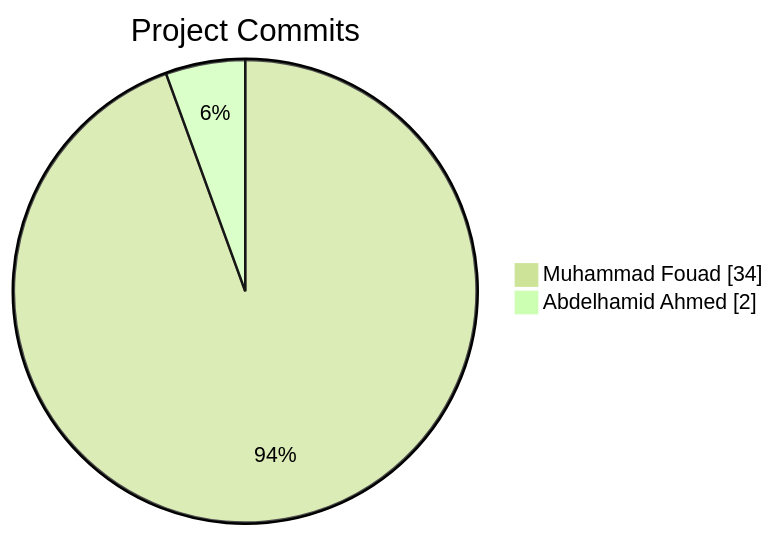
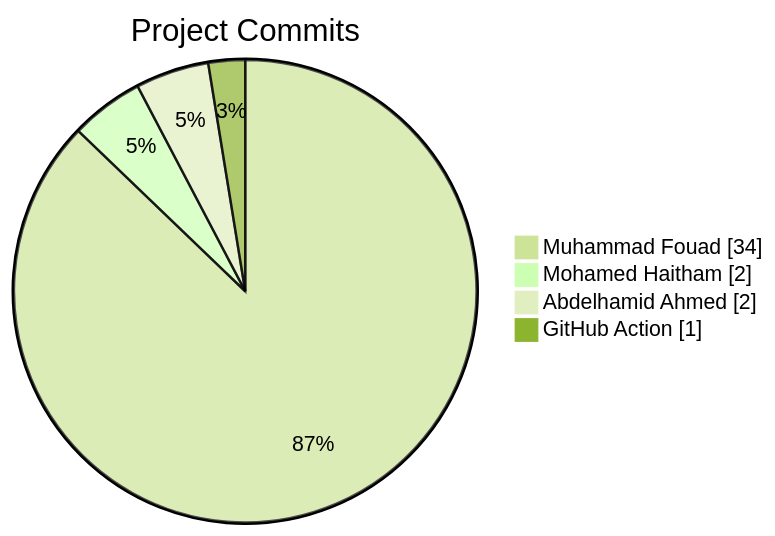
The diagram in README.md (Abdelhamid-El-rashidy/Library_System), drawn with Mermaid (forest theme) before and after one commit.

Commit message:
docs: update contributor stats [skip ci]

````diff
--- a/README.md
+++ b/README.md
@@ -11,6 +11,8 @@
 ```mermaid
 pie showData
     title Project Commits
     "Muhammad Fouad" : 34
+    "Mohamed Haitham" : 2
     "Abdelhamid Ahmed" : 2
+    "GitHub Action" : 1
 ```
````
